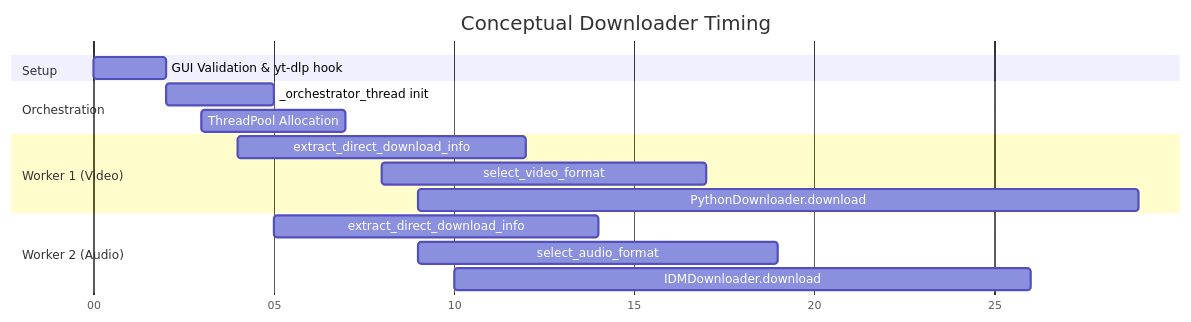
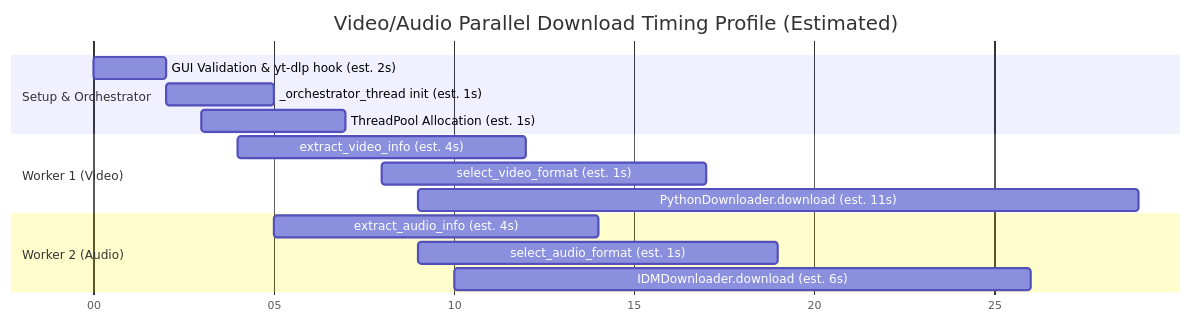
The diagram in docs/uml/timing_diagram.md (techdeveloper-org/youtube-playlist-downloader), drawn with Mermaid before and after one commit. The commit also changed other lines of this file and 1 other file, not shown here.

Commit message:
docs: add internal connectors to composite diagram and legend/metrics to timing diagram

````diff
--- a/docs/uml/timing_diagram.md
+++ b/docs/uml/timing_diagram.md
@@ -1,23 +11,21 @@
 ```mermaid
 gantt
-    title Conceptual Downloader Timing
+    title Video/Audio Parallel Download Timing Profile (Estimated)
     dateFormat  s
     axisFormat %S
     
-    section Setup
-    GUI Validation & yt-dlp hook : 0, 2s
-    
-    section Orchestration
-    _orchestrator_thread init : 2, 3s
-    ThreadPool Allocation : 3, 4s
+    section Setup & Orchestrator
+    GUI Validation & yt-dlp hook (est. 2s) : 0, 2s
+    _orchestrator_thread init (est. 1s)    : 2, 3s
+    ThreadPool Allocation (est. 1s)        : 3, 4s
     
     section Worker 1 (Video)
-    extract_direct_download_info : 4, 8s
-    select_video_format : 8, 9s
-    PythonDownloader.download : 9, 20s
+    extract_video_info (est. 4s)           : 4, 8s
+    select_video_format (est. 1s)          : 8, 9s
+    PythonDownloader.download (est. 11s)   : 9, 20s
     
     section Worker 2 (Audio)
-    extract_direct_download_info : 5, 9s
-    select_audio_format : 9, 10s
-    IDMDownloader.download : 10, 16s
+    extract_audio_info (est. 4s)           : 5, 9s
+    select_audio_format (est. 1s)          : 9, 10s
+    IDMDownloader.download (est. 6s)       : 10, 16s
 ```
````
